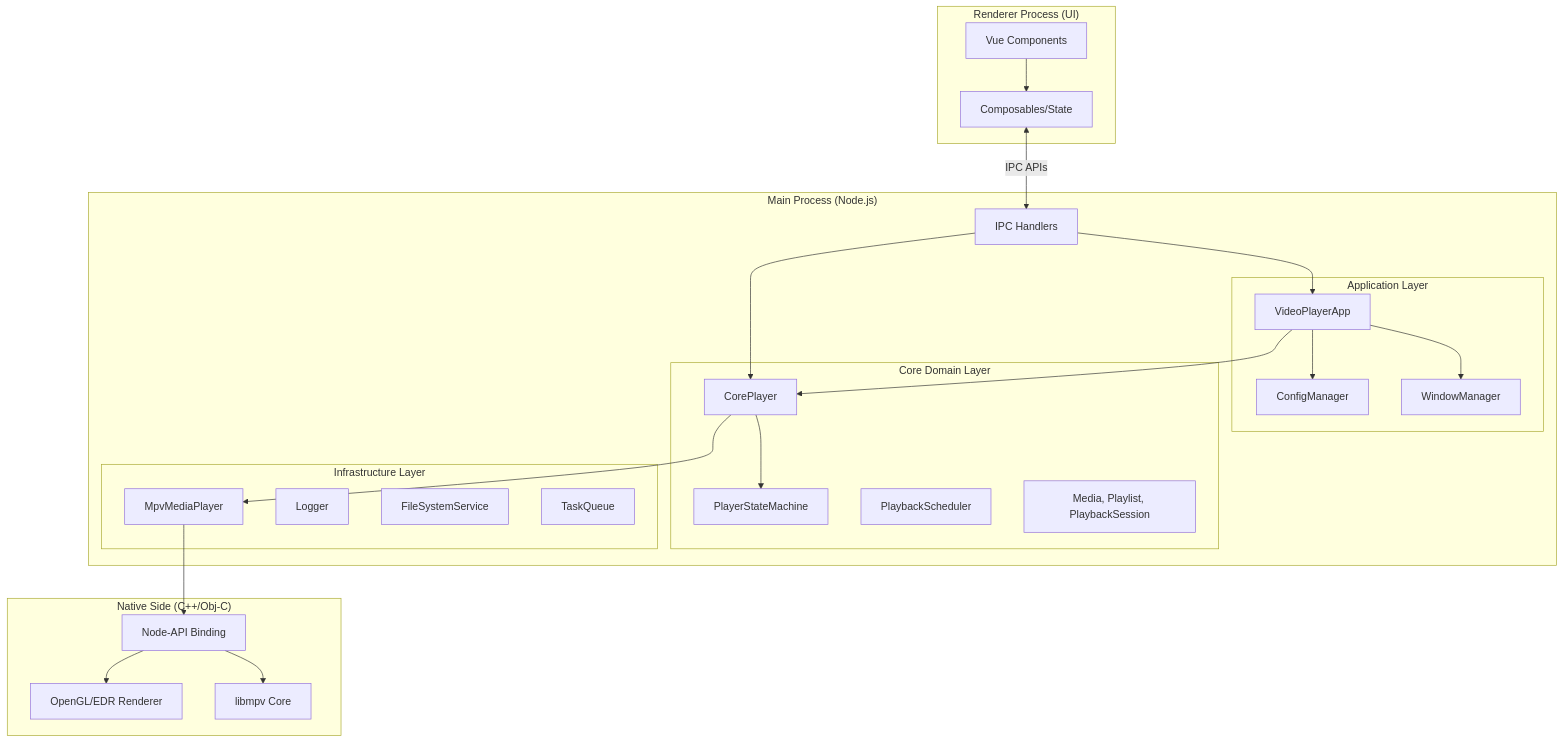
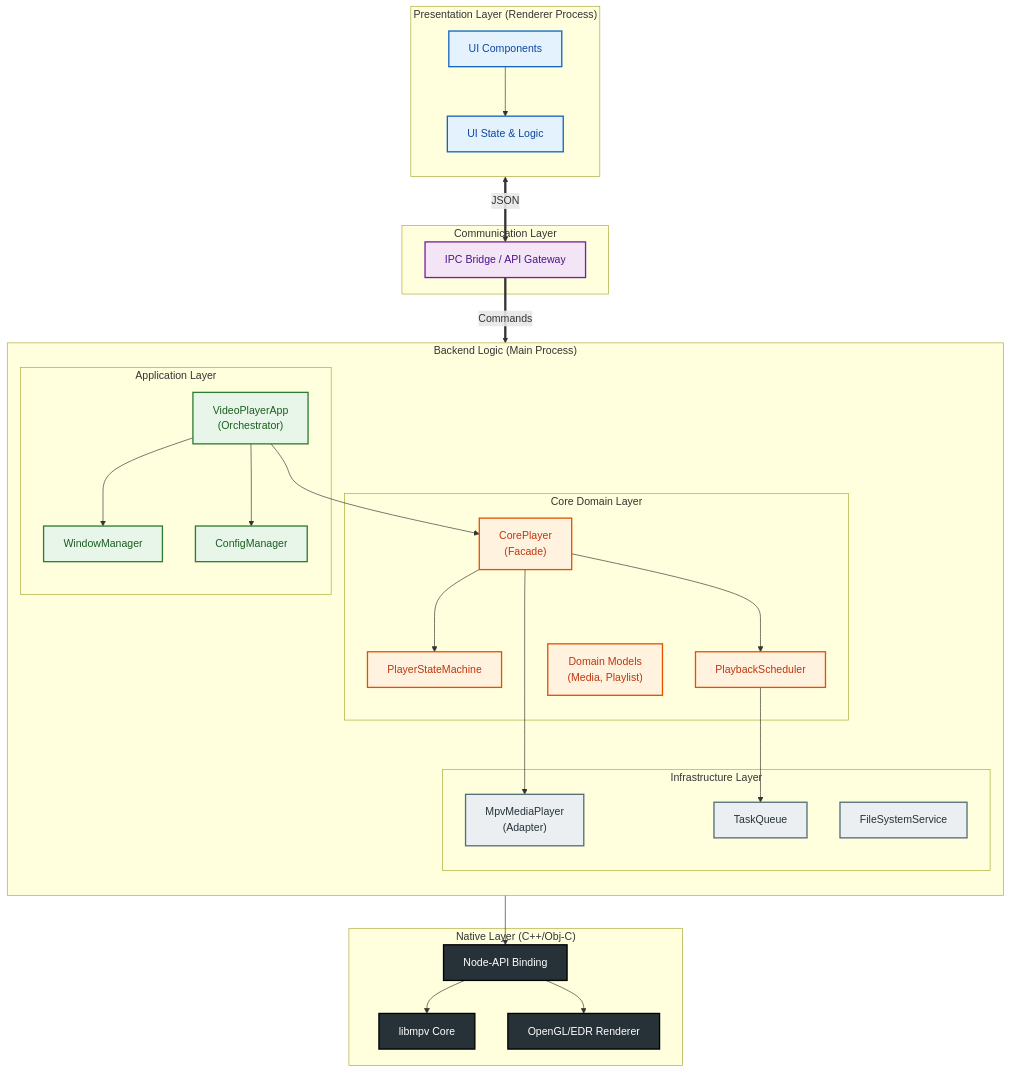
One commit to Lucas-lgm/lumiere changed the first of 8 diagrams in docs/architecture/ARCHITECTURE.md. Above: the diagram before and after it, drawn with Mermaid.

Commit message:
docs(architecture): 更新架构图以改进可读性和层次结构
- 将 Mermaid 图表从 graph TB 更新为 flowchart TB 语法
- 为不同架构层添加颜色编码和样式类定义
- 重命名模块以更清晰地反映其职责（如 CorePlayer → CorePlayer Facade）
- 简化连接标签并改进整体布局
- 保持架构依赖关系不变，仅改进可视化表示

````diff
--- a/docs/architecture/ARCHITECTURE.md
+++ b/docs/architecture/ARCHITECTURE.md
@@ -20,54 +20,68 @@
 ```mermaid
-graph TB
-    subgraph "Renderer Process (UI)"
-        UI_Comp[Vue Components]
-        UI_Store[Composables/State]
-        UI_Comp --> UI_Store
+flowchart TB
+    %% Styling
+    classDef ui fill:#e3f2fd,stroke:#1565c0,stroke-width:2px,color:#0d47a1
+    classDef ipc fill:#f3e5f5,stroke:#7b1fa2,stroke-width:2px,color:#4a148c
+    classDef app fill:#e8f5e9,stroke:#2e7d32,stroke-width:2px,color:#1b5e20
+    classDef domain fill:#fff3e0,stroke:#e65100,stroke-width:2px,color:#bf360c
+    classDef infra fill:#eceff1,stroke:#546e7a,stroke-width:2px,color:#263238
+    classDef native fill:#263238,stroke:#000,stroke-width:2px,color:#fff
+
+    subgraph UserInterface ["Presentation Layer (Renderer Process)"]
+        direction TB
+        UI_Vue[UI Components]:::ui
+        UI_State[UI State & Logic]:::ui
+        UI_Vue --> UI_State
     end
 
-    subgraph "Main Process (Node.js)"
-        IPC_Server[IPC Handlers]
+    subgraph CommLayer ["Communication Layer"]
+        IPC[IPC Bridge / API Gateway]:::ipc
+    end
+
+    subgraph MainProcess ["Backend Logic (Main Process)"]
+        direction TB
         
-        subgraph "Application Layer"
-            VPA[VideoPlayerApp]
-            Config[ConfigManager]
-            WM[WindowManager]
+        subgraph AppLayer ["Application Layer"]
+            App_Orch["VideoPlayerApp<br/>(Orchestrator)"]:::app
+            App_Win[WindowManager]:::app
+            App_Config[ConfigManager]:::app
         end
-        
-        subgraph "Core Domain Layer"
-            CP[CorePlayer]
-            PSM[PlayerStateMachine]
-            Sched[PlaybackScheduler]
-            Models[Media, Playlist, PlaybackSession]
+
+        subgraph DomainLayer ["Core Domain Layer"]
+            Core_Facade["CorePlayer<br/>(Facade)"]:::domain
+            Core_SM[PlayerStateMachine]:::domain
+            Core_Sched[PlaybackScheduler]:::domain
+            Core_Model["Domain Models<br/>(Media, Playlist)"]:::domain
         end
-        
-        subgraph "Infrastructure Layer"
-            MMP[MpvMediaPlayer]
-            Log[Logger]
-            FS[FileSystemService]
-            TQ[TaskQueue]
+
+        subgraph InfraLayer ["Infrastructure Layer"]
+            Infra_MPV["MpvMediaPlayer<br/>(Adapter)"]:::infra
+            Infra_FS[FileSystemService]:::infra
+            Infra_Task[TaskQueue]:::infra
         end
     end
 
-    subgraph "Native Side (C++/Obj-C)"
-        NAPI[Node-API Binding]
-        Render[OpenGL/EDR Renderer]
-        MPV[libmpv Core]
+    subgraph NativeLayer ["Native Layer (C++/Obj-C)"]
+        Native_API[Node-API Binding]:::native
+        Native_Lib[libmpv Core]:::native
+        Native_Render[OpenGL/EDR Renderer]:::native
     end
 
-    %% Communications
-    UI_Store <-->|IPC APIs| IPC_Server
-    IPC_Server --> VPA
-    IPC_Server --> CP
+    %% Flows
+    UI_State <==>|JSON| IPC
+    IPC ==>|Commands| App_Orch
     
-    VPA --> CP
-    VPA --> Config
-    VPA --> WM
+    App_Orch --> App_Win
+    App_Orch --> App_Config
+    App_Orch --> Core_Facade
+
+    Core_Facade --> Core_SM
+    Core_Facade --> Core_Sched
+    Core_Facade --> Infra_MPV
+
+    Core_Sched --> Infra_Task
     
-    CP --> MMP
-    CP --> PSM
-    
-    MMP --> NAPI
-    NAPI --> MPV
-    NAPI --> Render
+    Infra_MPV --> Native_API
+    Native_API --> Native_Lib
+    Native_API --> Native_Render
 ```
````
